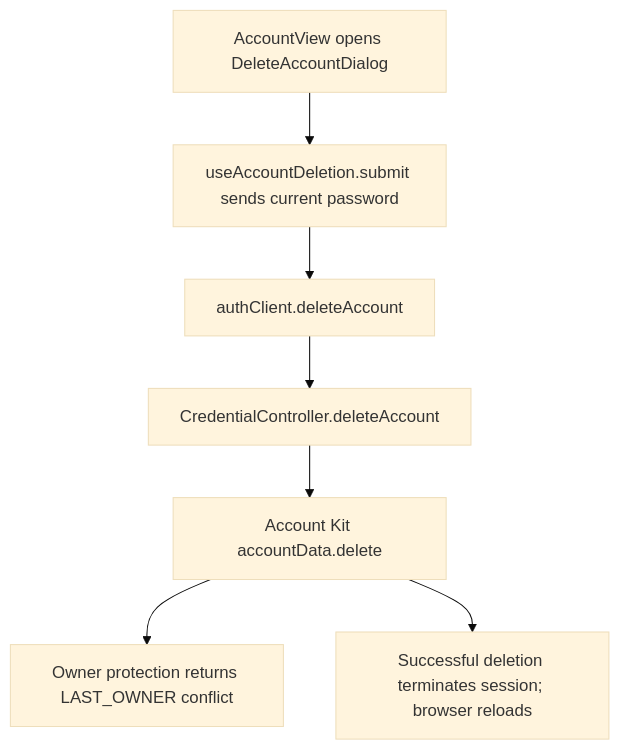
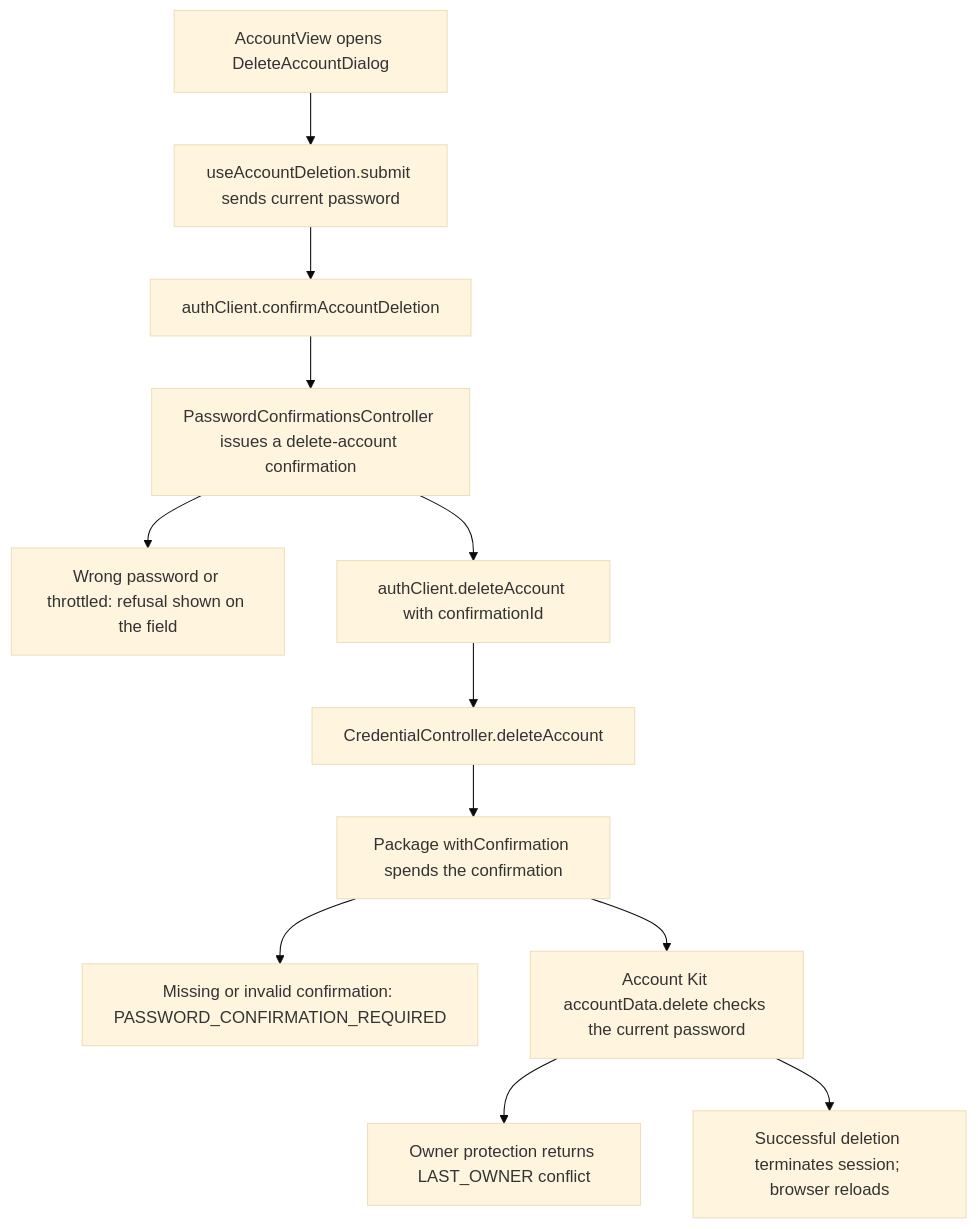
The second of 2 diagrams in user-stories/account/US-ACCOUNT-05-delete-account.md (Kevinjohn/capacitylens), drawn with Mermaid (base theme) before and after one commit. The commit also changed other lines of this file and 17 other files, not shown here.

First line of the commit message:
Gate account deletion through password confirmation

````diff
--- a/user-stories/account/US-ACCOUNT-05-delete-account.md
+++ b/user-stories/account/US-ACCOUNT-05-delete-account.md
@@ -33,9 +35,14 @@
 ```mermaid
 flowchart TD
   view["AccountView opens DeleteAccountDialog"] --> submit["useAccountDeletion.submit sends current password"]
-  submit --> client["authClient.deleteAccount"]
+  submit --> confirm["authClient.confirmAccountDeletion"]
+  confirm --> issue["PasswordConfirmationsController issues a delete-account confirmation"]
+  issue --> refused["Wrong password or throttled: refusal shown on the field"]
+  issue --> client["authClient.deleteAccount with confirmationId"]
   client --> route["CredentialController.deleteAccount"]
-  route --> kit["Account Kit accountData.delete"]
+  route --> spend["Package withConfirmation spends the confirmation"]
+  spend --> required["Missing or invalid confirmation: PASSWORD_CONFIRMATION_REQUIRED"]
+  spend --> kit["Account Kit accountData.delete checks the current password"]
   kit --> owner["Owner protection returns LAST_OWNER conflict"]
   kit --> session["Successful deletion terminates session; browser reloads"]
 ```
````
